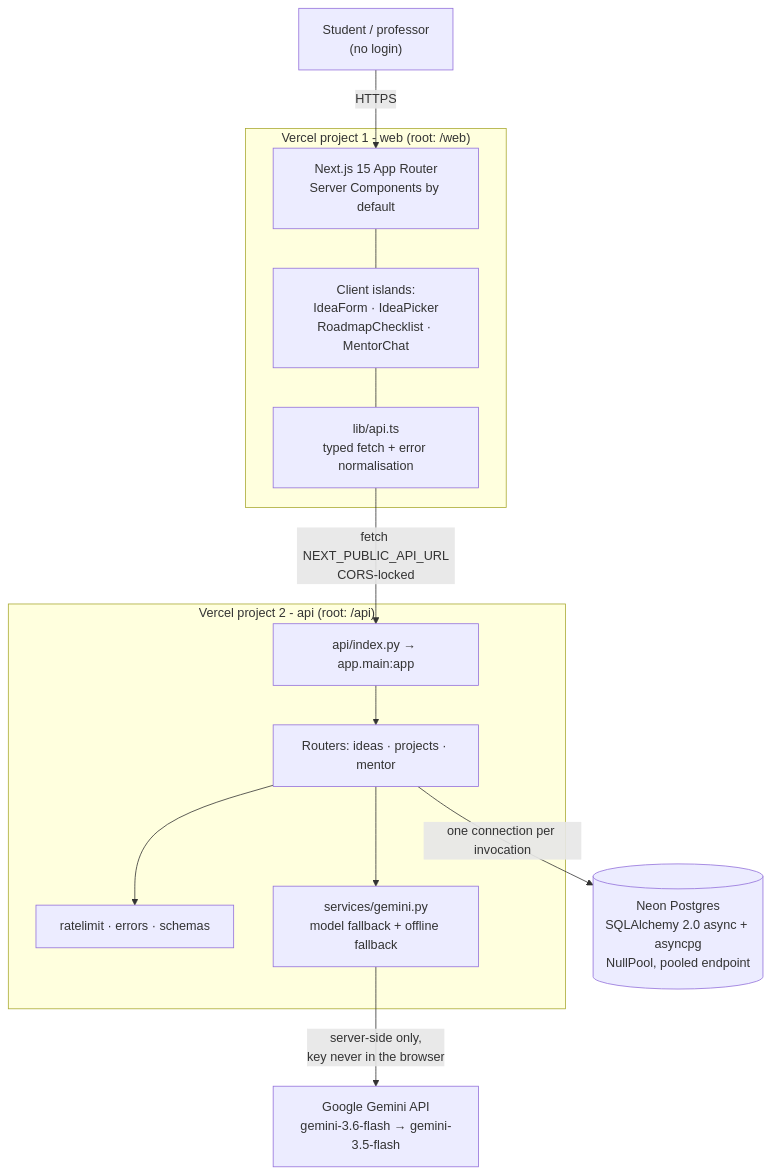
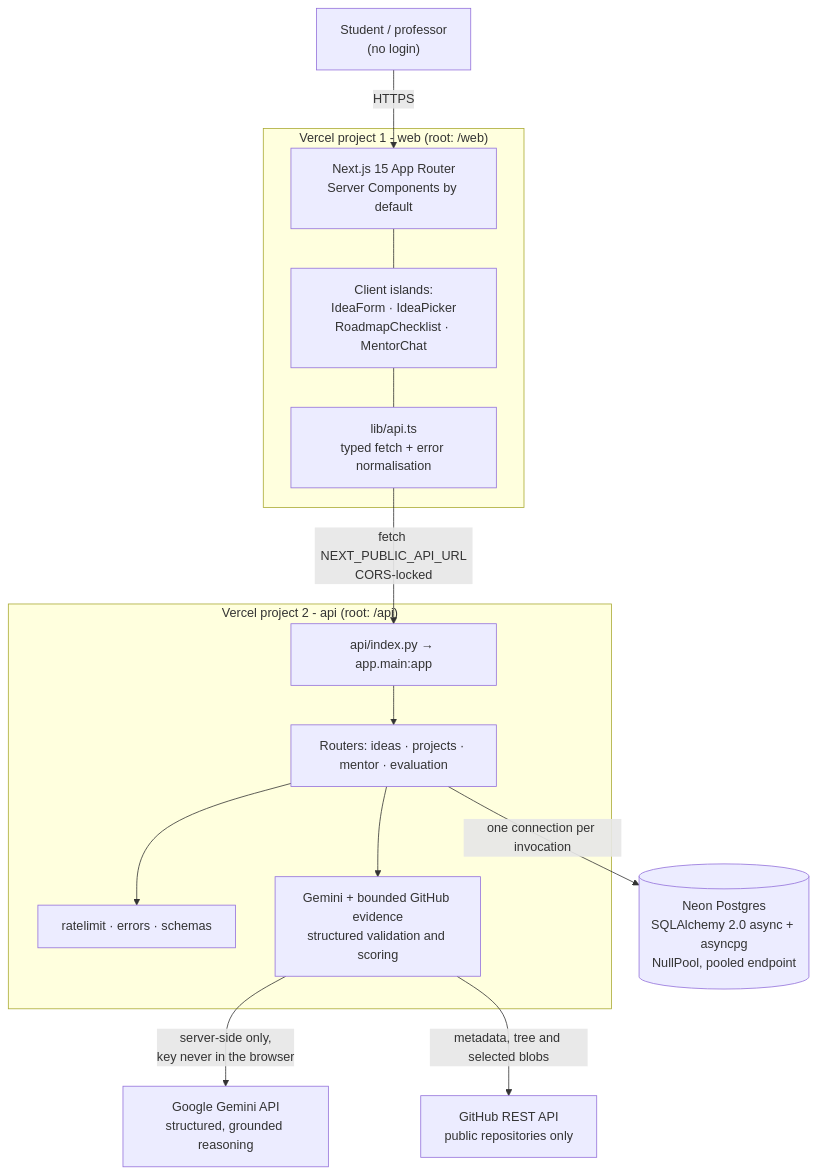
The diagram in README.md (aryan-nmaurya/promptwars-2026), drawn with Mermaid before and after one commit. The commit also changed other lines of this file and 47 other files, not shown here.

````diff
--- a/README.md
+++ b/README.md
@@ -59,28 +67,30 @@
 ```mermaid
 flowchart TD
     U["Student / professor<br/>(no login)"]
 
     subgraph WEB["Vercel project 1 - web (root: /web)"]
         L["Next.js 15 App Router<br/>Server Components by default"]
         C["Client islands:<br/>IdeaForm · IdeaPicker<br/>RoadmapChecklist · MentorChat"]
         A["lib/api.ts<br/>typed fetch + error normalisation"]
         L --- C --- A
     end
 
     subgraph API["Vercel project 2 - api (root: /api)"]
         E["api/index.py → app.main:app"]
-        R["Routers: ideas · projects · mentor"]
+        R["Routers: ideas · projects · mentor · evaluation"]
         M["ratelimit · errors · schemas"]
-        S["services/gemini.py<br/>model fallback + offline fallback"]
+        S["Gemini + bounded GitHub evidence<br/>structured validation and scoring"]
         E --> R --> M
         R --> S
     end
 
-    G["Google Gemini API<br/>gemini-3.6-flash → gemini-3.5-flash"]
+    G["Google Gemini API<br/>structured, grounded reasoning"]
+    GH["GitHub REST API<br/>public repositories only"]
     P[("Neon Postgres<br/>SQLAlchemy 2.0 async + asyncpg<br/>NullPool, pooled endpoint")]
 
     U -->|HTTPS| L
     A -->|"fetch NEXT_PUBLIC_API_URL<br/>CORS-locked"| E
     S -->|"server-side only,<br/>key never in the browser"| G
+    S -->|"metadata, tree and selected blobs"| GH
     R -->|"one connection per invocation"| P
 ```
````
